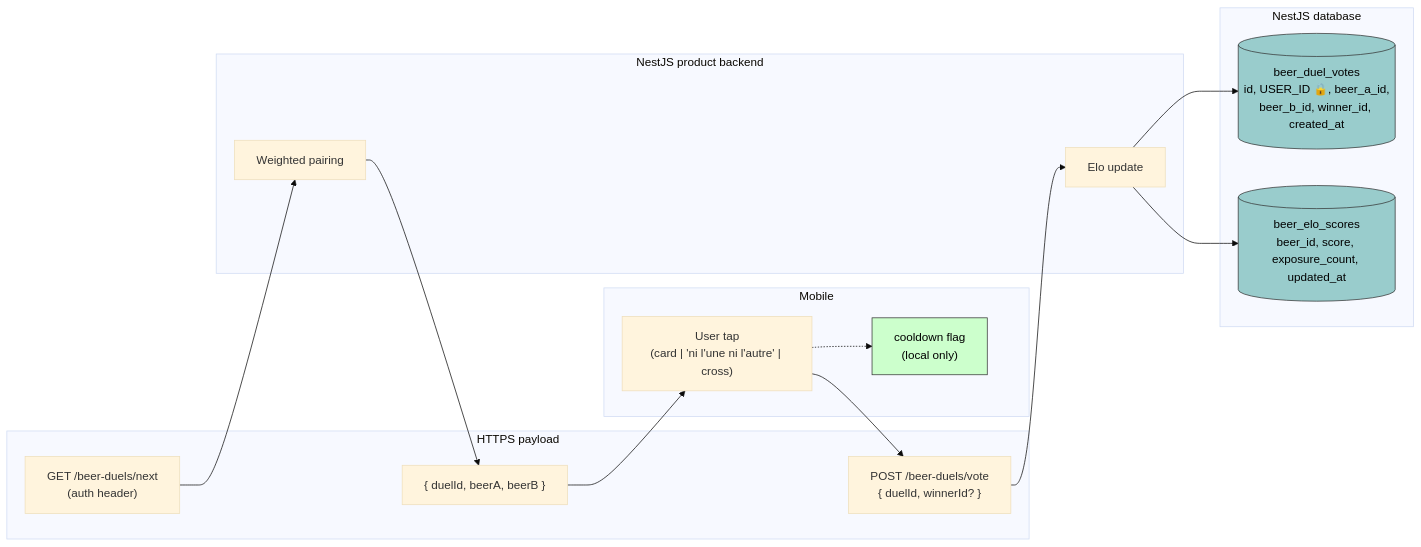
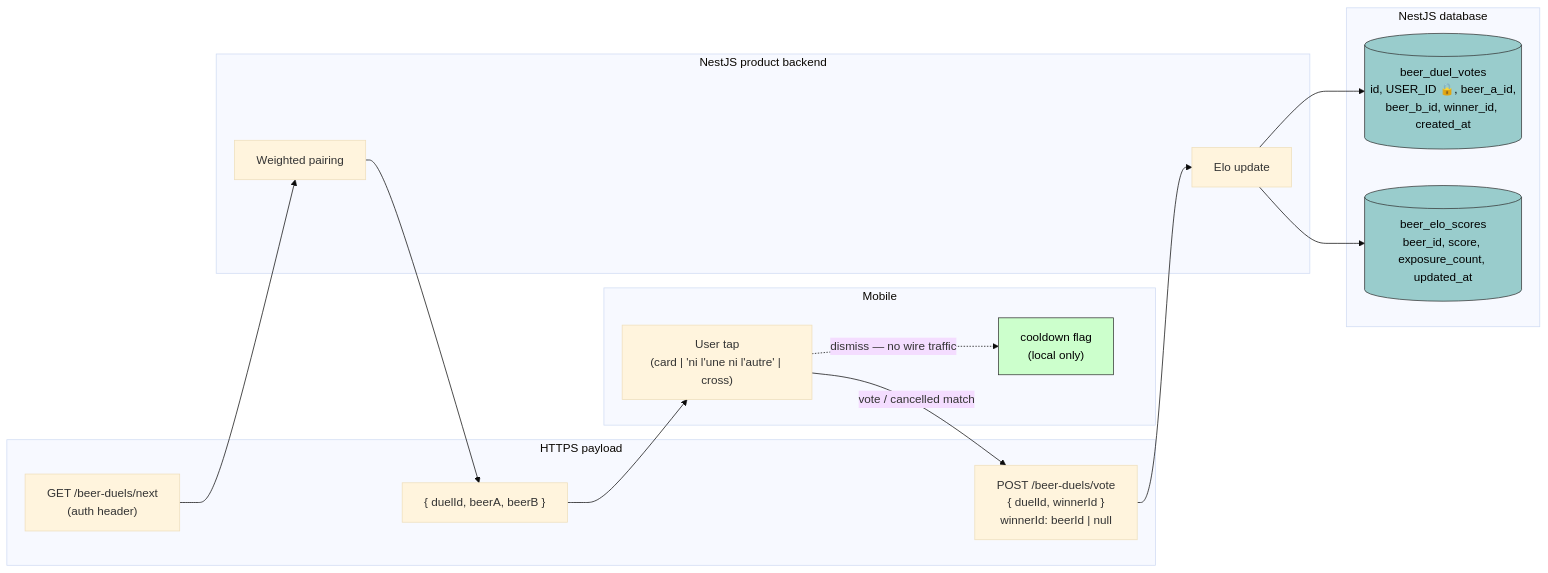
Before and after one commit to benoit-bremaud/brasse-bouillon: the diagram in docs/architecture/diagrams/beer-duel/06-data-flow.md, drawn with Mermaid (base theme). The commit also changed other lines of this file and 4 other files, not shown here.

First line of the commit message:
docs(beer-duel): address Codex + Copilot review on the conception PR

````diff
--- a/docs/architecture/diagrams/beer-duel/06-data-flow.md
+++ b/docs/architecture/diagrams/beer-duel/06-data-flow.md
@@ -13,38 +13,38 @@
 ```mermaid
 flowchart LR
     subgraph Mobile ["Mobile"]
         Tap["User tap<br/>(card | 'ni l'une ni l'autre' | cross)"]
         CD["cooldown flag<br/>(local only)"]
     end
 
     subgraph Wire ["HTTPS payload"]
         ReqNext["GET /beer-duels/next<br/>(auth header)"]
-        ReqVote["POST /beer-duels/vote<br/>{ duelId, winnerId? }"]
+        ReqVote["POST /beer-duels/vote<br/>{ duelId, winnerId }<br/>winnerId: beerId | null"]
         RespNext["{ duelId, beerA, beerB }"]
     end
 
     subgraph API ["NestJS product backend"]
         Pair["Weighted pairing"]
         Elo["Elo update"]
     end
 
     subgraph Store ["NestJS database"]
         Votes[("beer_duel_votes<br/>id, USER_ID 🔒, beer_a_id,<br/>beer_b_id, winner_id, created_at")]
         Scores[("beer_elo_scores<br/>beer_id, score, exposure_count, updated_at")]
     end
 
-    Tap --> ReqVote
+    Tap -->|vote / cancelled match| ReqVote
     ReqVote --> Elo
     Elo --> Votes
     Elo --> Scores
     Pair --> RespNext
     ReqNext --> Pair
     RespNext --> Tap
-    Tap -.-> CD
+    Tap -.->|dismiss — no wire traffic| CD
 
     classDef pii fill:#E99695,stroke:#900,color:#000
     classDef store fill:#9CC,stroke:#333,color:#000
     classDef local fill:#CFC,stroke:#333,color:#000
     class Votes,Scores store
     class CD local
 ```
````
